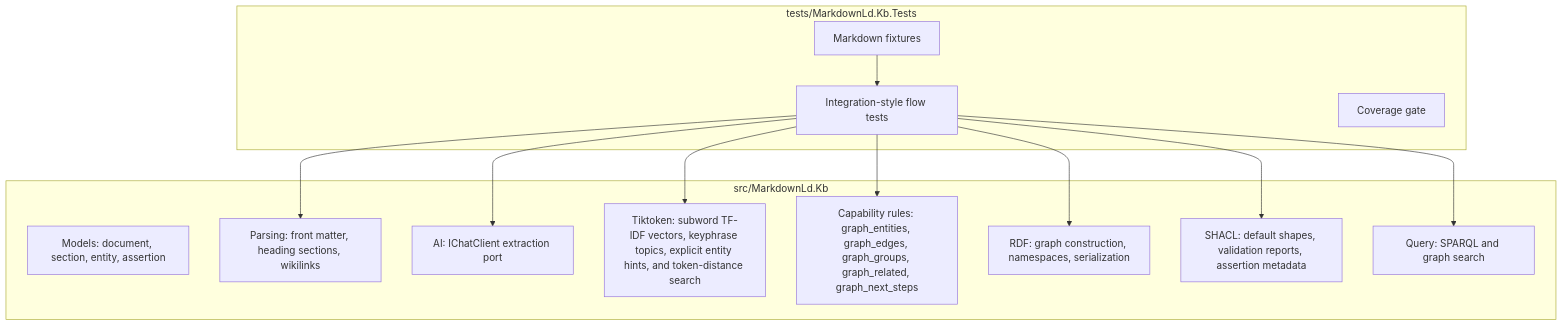
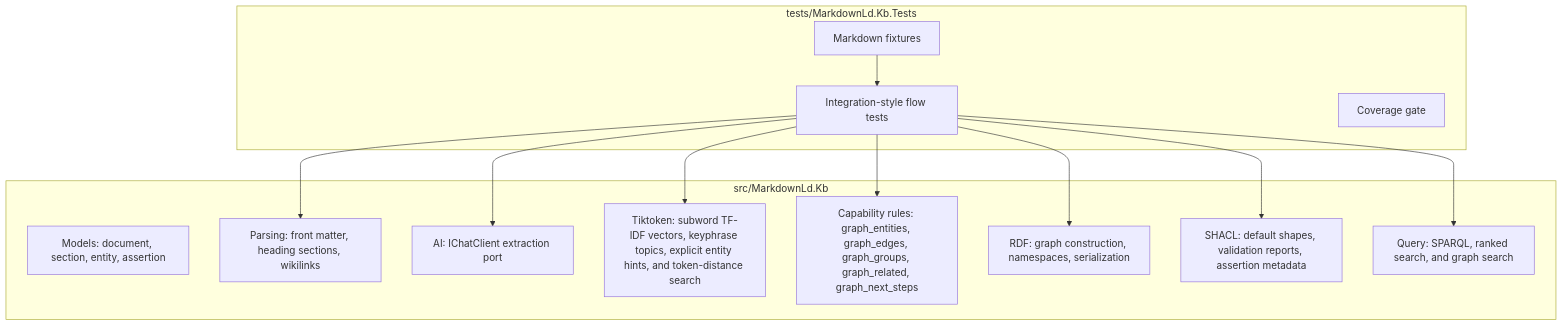
Before and after one commit to managedcode/markdown-ld-kb: the third of 4 diagrams in docs/Architecture.md, drawn with Mermaid. The commit also changed other lines of this file and 12 other files, not shown here.

````diff
--- a/docs/Architecture.md
+++ b/docs/Architecture.md
@@ -83,28 +90,28 @@
 ```mermaid
 flowchart TB
     subgraph Core["src/MarkdownLd.Kb"]
         Models["Models: document, section, entity, assertion"]
         Parsing["Parsing: front matter, heading sections, wikilinks"]
         Ai["AI: IChatClient extraction port"]
         Tokens["Tiktoken: subword TF-IDF vectors, keyphrase topics, explicit entity hints, and token-distance search"]
         Rules["Capability rules: graph_entities, graph_edges, graph_groups, graph_related, graph_next_steps"]
         Rdf["RDF: graph construction, namespaces, serialization"]
         Shacl["SHACL: default shapes, validation reports, assertion metadata"]
-        Query["Query: SPARQL and graph search"]
+        Query["Query: SPARQL, ranked search, and graph search"]
     end
 
     subgraph Tests["tests/MarkdownLd.Kb.Tests"]
         Fixtures["Markdown fixtures"]
         FlowTests["Integration-style flow tests"]
         Coverage["Coverage gate"]
     end
 
     Fixtures --> FlowTests
     FlowTests --> Parsing
     FlowTests --> Ai
     FlowTests --> Tokens
     FlowTests --> Rules
     FlowTests --> Rdf
     FlowTests --> Shacl
     FlowTests --> Query
 ```
````
